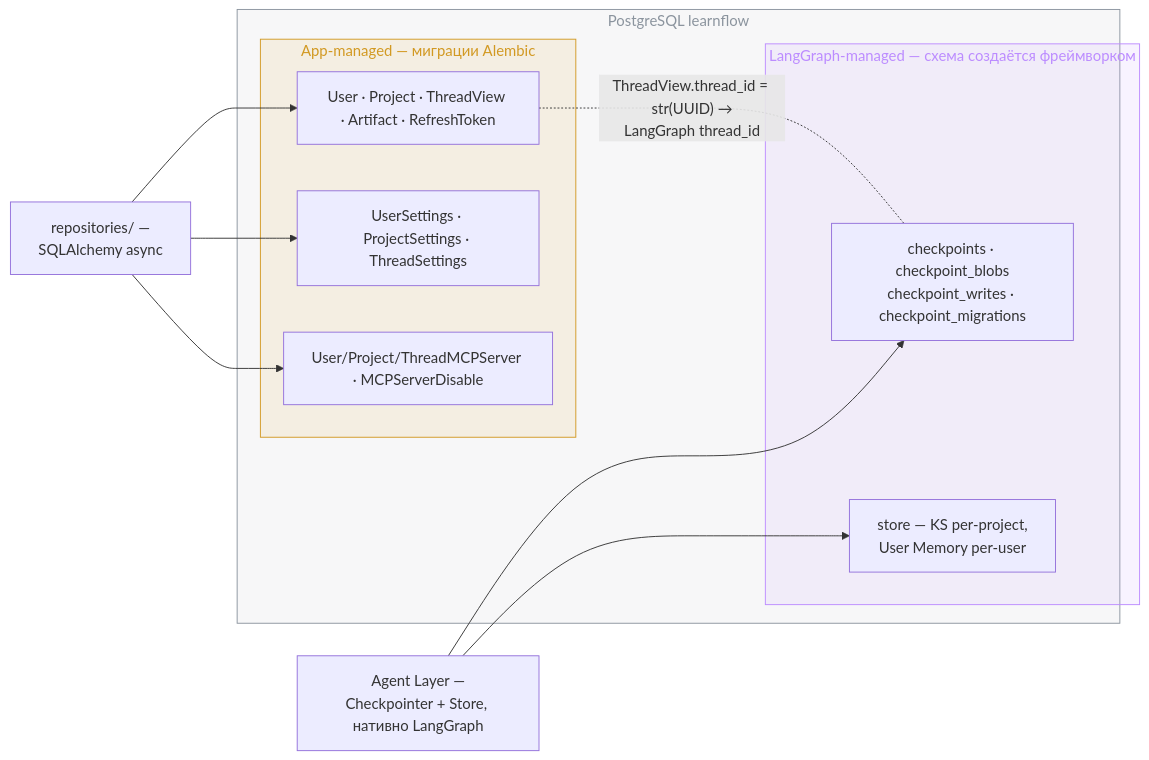
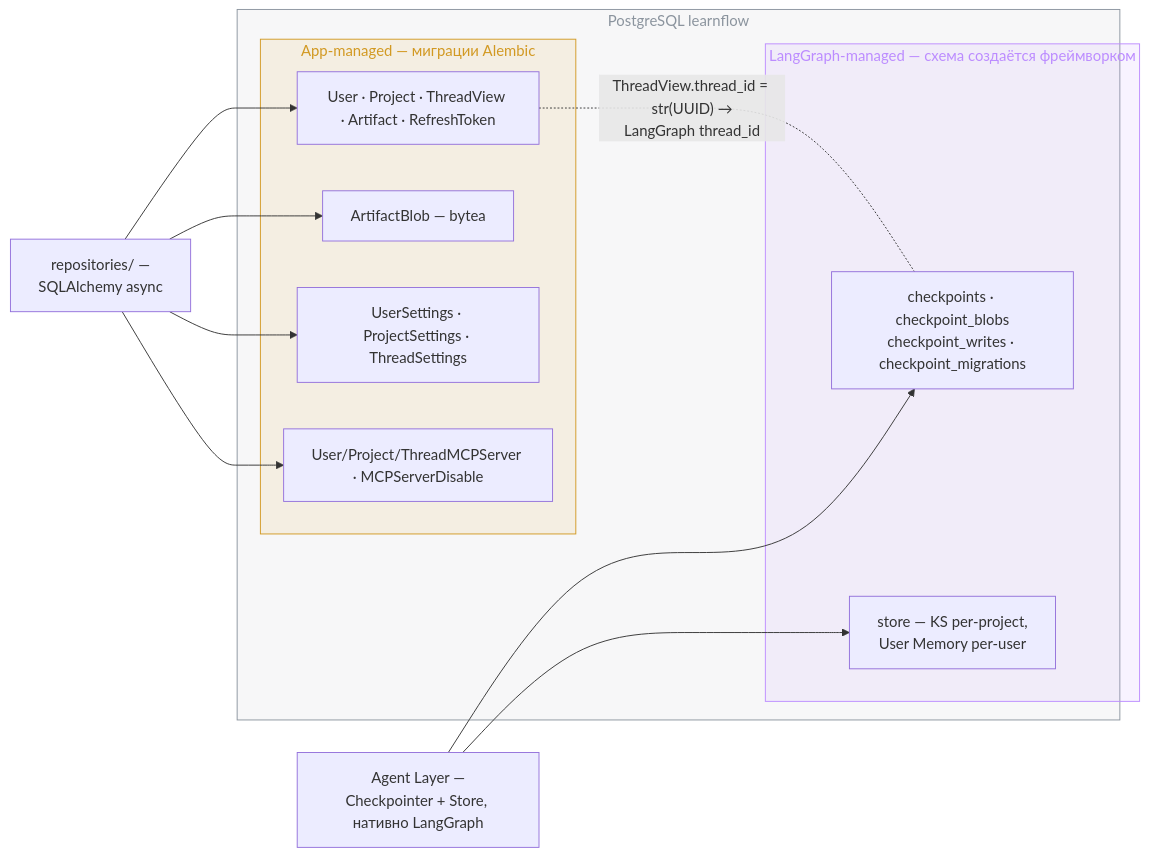
The third of 3 diagrams in doc/tech/backend.md (Bbar0n234/learnflow-ai), drawn with Mermaid before and after one commit. The commit also changed other lines of this file and 8 other files, not shown here.

````diff
--- a/doc/tech/backend.md
+++ b/doc/tech/backend.md
@@ -397,28 +406,30 @@
 ```mermaid
 graph LR
     AGENT["Agent Layer —<br>Checkpointer + Store, нативно LangGraph"]
     REPOS["repositories/ —<br>SQLAlchemy async"]
 
     subgraph PG["PostgreSQL learnflow"]
         subgraph LGM["LangGraph-managed — схема создаётся фреймворком"]
             CPT["checkpoints · checkpoint_blobs<br>checkpoint_writes · checkpoint_migrations"]
             STORET["store — KS per-project,<br>User Memory per-user"]
         end
         subgraph APPM["App-managed — миграции Alembic"]
             CORE["User · Project · ThreadView · Artifact · RefreshToken"]
+            BLOB["ArtifactBlob — bytea"]
             SETT["UserSettings · ProjectSettings · ThreadSettings"]
             MCPS["User/Project/ThreadMCPServer · MCPServerDisable"]
         end
     end
 
     AGENT --> CPT
     AGENT --> STORET
     REPOS --> CORE
+    REPOS --> BLOB
     REPOS --> SETT
     REPOS --> MCPS
     CORE -. "ThreadView.thread_id = str(UUID) →<br>LangGraph thread_id" .- CPT
 
     style PG fill:#8b949e12,stroke:#8b949e,color:#8b949e
     style LGM fill:#bc8cff1a,stroke:#bc8cff,color:#bc8cff
     style APPM fill:#d299221a,stroke:#d29922,color:#d29922
 ```
````
